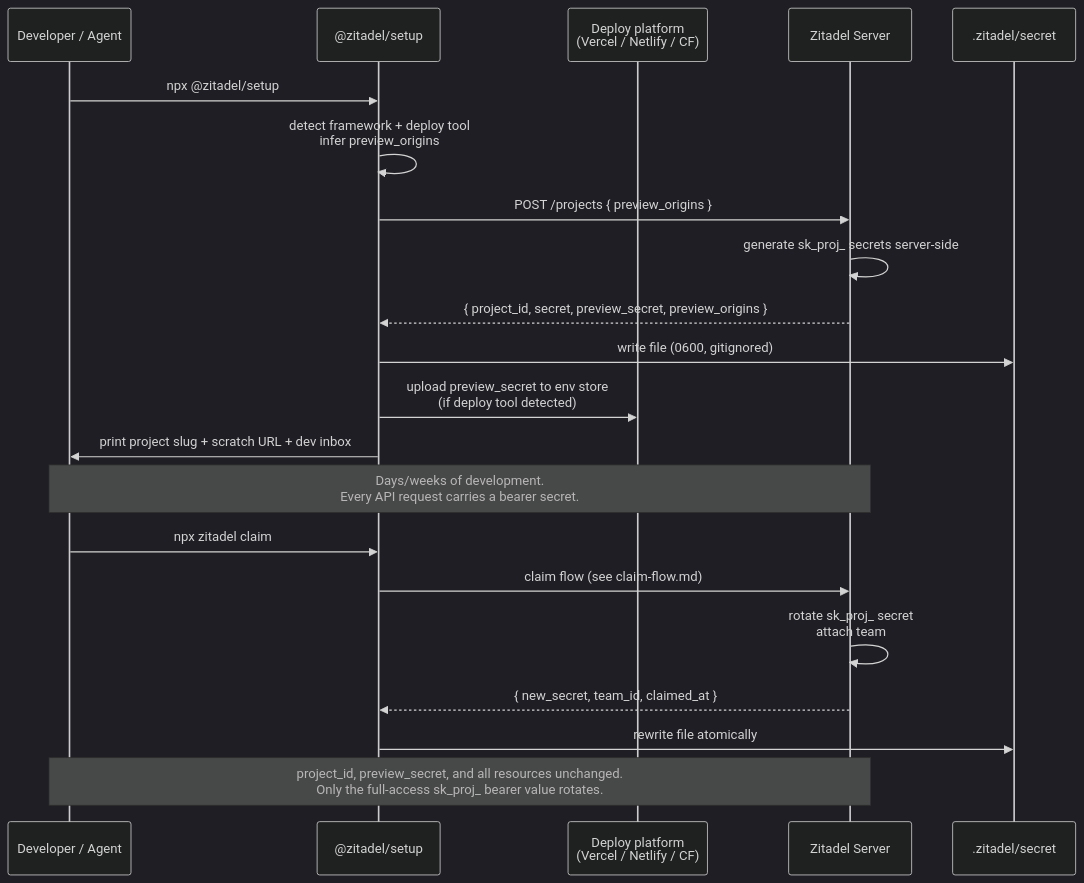
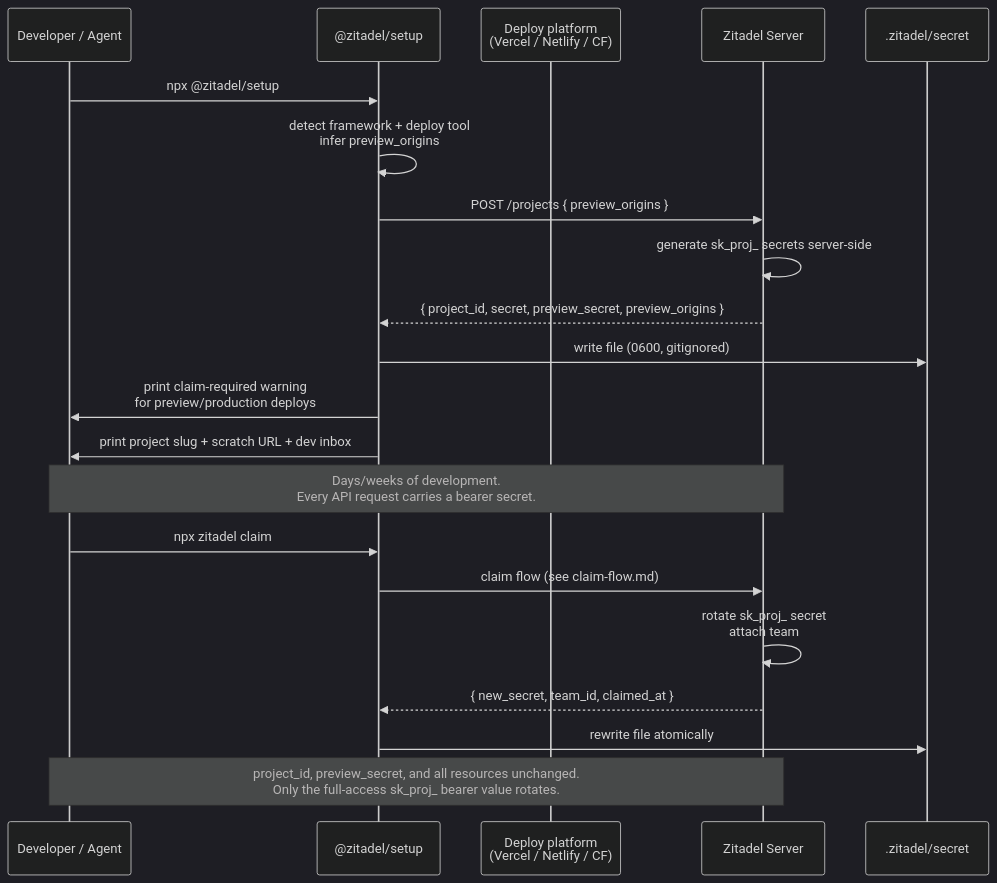
One commit to zitadel/nextgen changed the diagram in docs/design/platform/secret.md. Above: the diagram before and after it, drawn with Mermaid (dark theme). The commit also changed other lines of this file and 71 other files, not shown here.

````diff
--- a/docs/design/platform/secret.md
+++ b/docs/design/platform/secret.md
@@ -158,27 +158,27 @@
 ```mermaid
 sequenceDiagram
     participant Dev as Developer / Agent
     participant CLI as @zitadel/setup
     participant Deploy as Deploy platform<br>(Vercel / Netlify / CF)
     participant Srv as Zitadel Server
     participant Secret as .zitadel/secret
 
     Dev->>CLI: npx @zitadel/setup
     CLI->>CLI: detect framework + deploy tool<br>infer preview_origins
     CLI->>Srv: POST /projects { preview_origins }
     Srv->>Srv: generate sk_proj_ secrets server-side
     Srv-->>CLI: { project_id, secret, preview_secret, preview_origins }
     CLI->>Secret: write file (0600, gitignored)
-    CLI->>Deploy: upload preview_secret to env store<br>(if deploy tool detected)
+    CLI->>Dev: print claim-required warning<br>for preview/production deploys
     CLI->>Dev: print project slug + scratch URL + dev inbox
 
     Note over Dev,Srv: Days/weeks of development.<br>Every API request carries a bearer secret.
 
     Dev->>CLI: npx zitadel claim
     CLI->>Srv: claim flow (see claim-flow.md)
     Srv->>Srv: rotate sk_proj_ secret<br>attach team
     Srv-->>CLI: { new_secret, team_id, claimed_at }
     CLI->>Secret: rewrite file atomically
 
     Note over Dev,Srv: project_id, preview_secret, and all resources unchanged.<br>Only the full-access sk_proj_ bearer value rotates.
 ```
````
